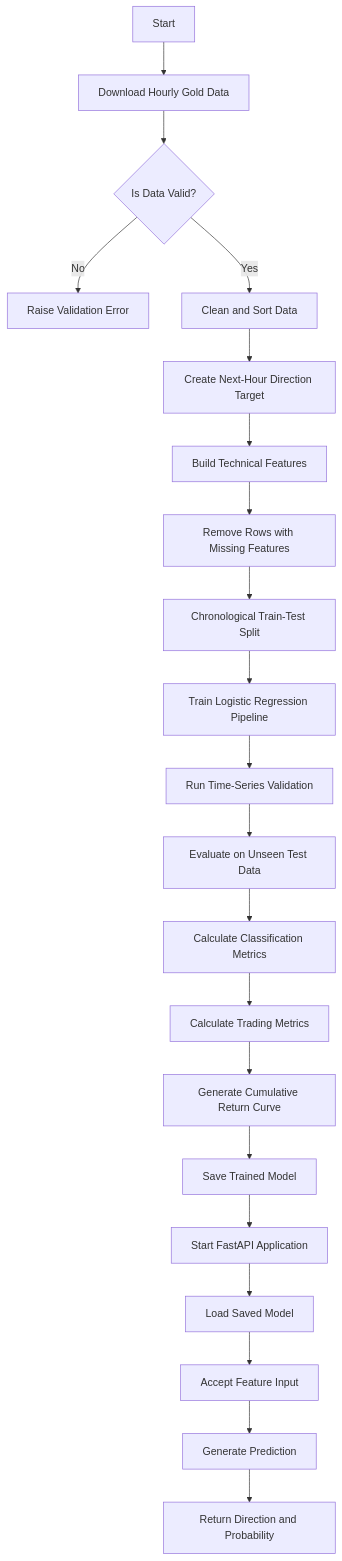
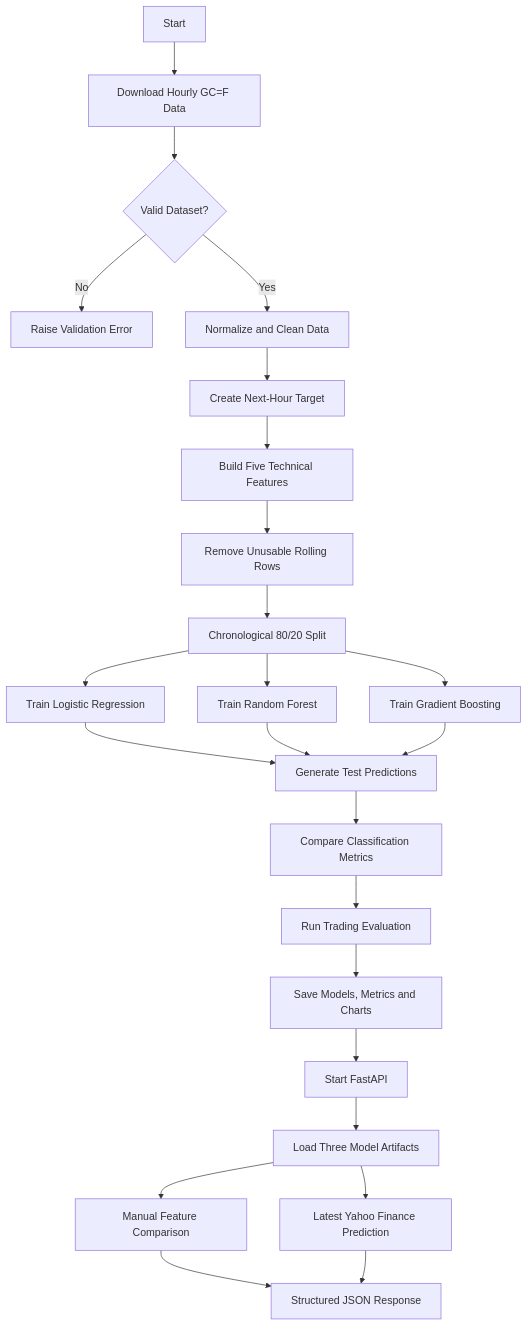
Before and after one commit to chauhanmuskan291980-wq/gold-price-direction-predictor: the second of 15 diagrams in docs/architecture.md, drawn with Mermaid. The commit also changed other lines of this file and 2 other files, not shown here.

Commit message:
docs: align documentation with three-model architecture and updated API

````diff
--- a/docs/architecture.md
+++ b/docs/architecture.md
@@ -76,28 +136,32 @@
 ```mermaid
 flowchart TD
-    A[Start] --> B[Download Hourly Gold Data]
-    B --> C{Is Data Valid?}
+    A[Start] --> B[Download Hourly GC=F Data]
+    B --> C{Valid Dataset?}
 
     C -- No --> D[Raise Validation Error]
-    C -- Yes --> E[Clean and Sort Data]
+    C -- Yes --> E[Normalize and Clean Data]
 
-    E --> F[Create Next-Hour Direction Target]
-    F --> G[Build Technical Features]
-    G --> H[Remove Rows with Missing Features]
+    E --> F[Create Next-Hour Target]
+    F --> G[Build Five Technical Features]
+    G --> H[Remove Unusable Rolling Rows]
 
-    H --> I[Chronological Train-Test Split]
-    I --> J[Train Logistic Regression Pipeline]
-    J --> K[Run Time-Series Validation]
-    K --> L[Evaluate on Unseen Test Data]
+    H --> I[Chronological 80/20 Split]
+    I --> J1[Train Logistic Regression]
+    I --> J2[Train Random Forest]
+    I --> J3[Train Gradient Boosting]
 
-    L --> M[Calculate Classification Metrics]
-    M --> N[Calculate Trading Metrics]
-    N --> O[Generate Cumulative Return Curve]
+    J1 --> K[Generate Test Predictions]
+    J2 --> K
+    J3 --> K
 
-    O --> P[Save Trained Model]
-    P --> Q[Start FastAPI Application]
-    Q --> R[Load Saved Model]
-    R --> S[Accept Feature Input]
-    S --> T[Generate Prediction]
-    T --> U[Return Direction and Probability]
+    K --> L[Compare Classification Metrics]
+    L --> M[Run Trading Evaluation]
+    M --> N[Save Models, Metrics and Charts]
+
+    N --> O[Start FastAPI]
+    O --> P[Load Three Model Artifacts]
+    P --> Q1[Manual Feature Comparison]
+    P --> Q2[Latest Yahoo Finance Prediction]
+    Q1 --> R[Structured JSON Response]
+    Q2 --> R
 ```
````
